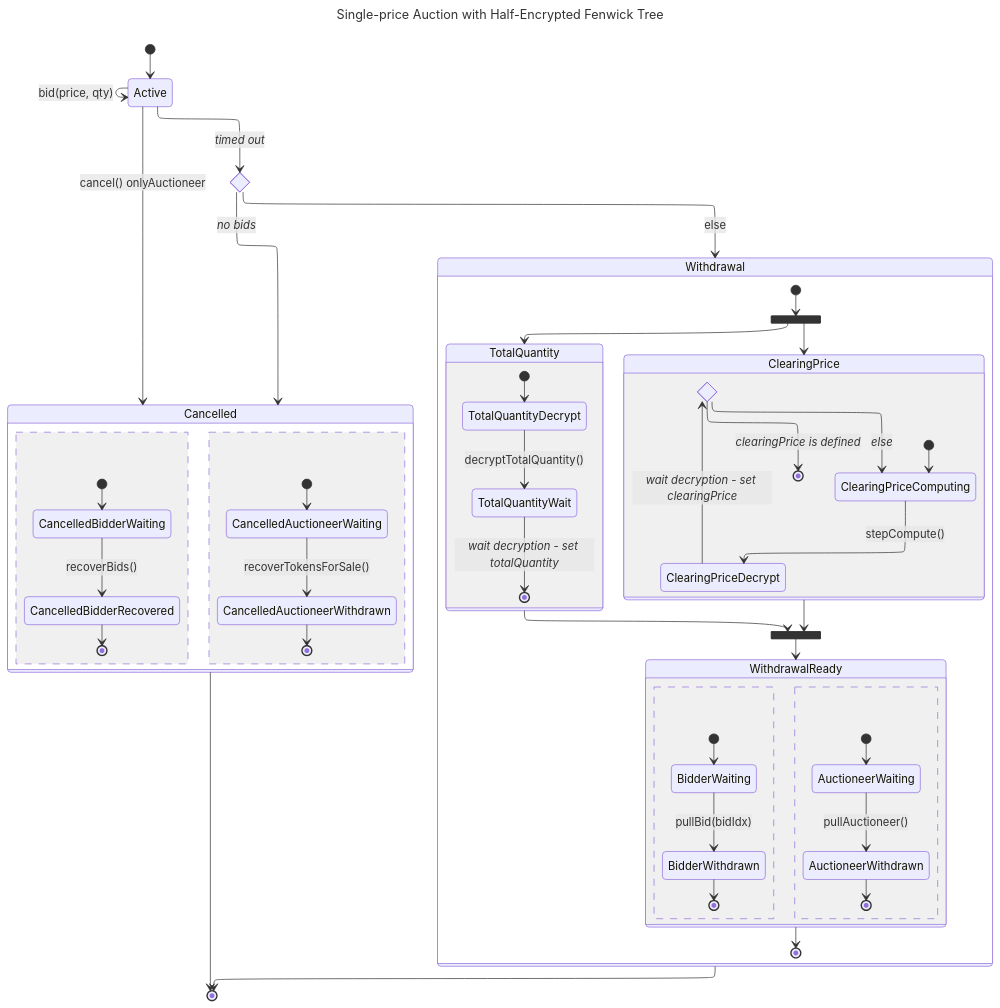
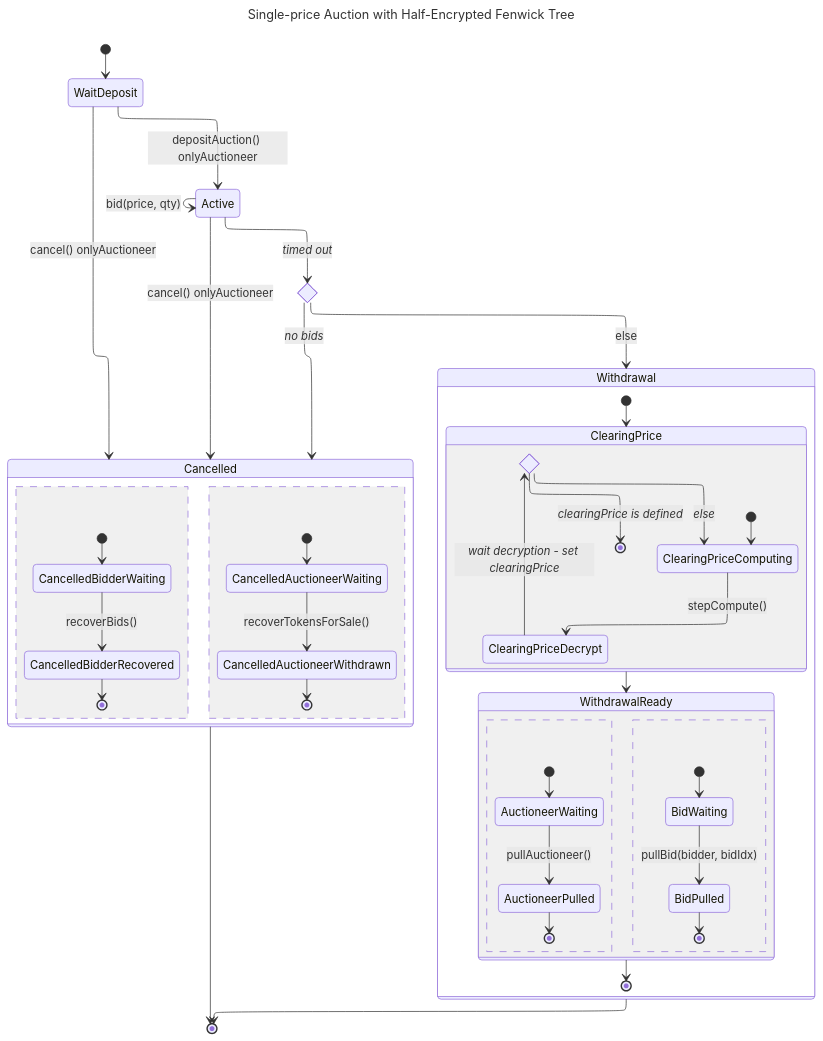
The diagram in docs/state.md (palra/zama-bounty-confidential-auction), drawn with Mermaid before and after one commit. The commit also changed 16 other files, not shown here.

````diff
--- a/docs/state.md
+++ b/docs/state.md
@@ -1,73 +1,62 @@
 ```mermaid
 ---
 title: Single-price Auction with Half-Encrypted Fenwick Tree
 config:
   layout: elk
 ---
 stateDiagram-v2
-    [*] --> Active
+    [*] --> WaitDeposit
+
+    WaitDeposit --> Active: depositAuction() onlyAuctioneer
+    WaitDeposit --> Cancelled: cancel() onlyAuctioneer
 
     Active --> Active: bid(price, qty)
     Active --> Cancelled: cancel() onlyAuctioneer
 
     state CheckBidders <<choice>>
 
     CheckBidders --> Cancelled: _no bids_
     CheckBidders --> Withdrawal: else
 
     Active --> CheckBidders: _timed out_
 
     state Withdrawal {
-      state WithdrawalDecrypt <<fork>>
-      state WithdrawalDecrypted <<join>>
 
-      [*] --> WithdrawalDecrypt
-
-      WithdrawalDecrypt --> ClearingPrice
+      [*] -->  ClearingPrice
       state ClearingPrice {
         state ClearingPrice_IsFinished <<choice>>
         [*] --> ClearingPriceComputing
         ClearingPriceComputing --> ClearingPriceDecrypt: stepCompute()
         ClearingPriceDecrypt --> ClearingPrice_IsFinished: _wait decryption - set clearingPrice_
-        ClearingPrice_IsFinished --> [*]: _clearingPrice is defined_
+          ClearingPrice_IsFinished --> [*]: _clearingPrice is defined_
         ClearingPrice_IsFinished --> ClearingPriceComputing : _else_
       }
-      ClearingPrice --> WithdrawalDecrypted
-
-      WithdrawalDecrypt --> TotalQuantity
-      state TotalQuantity {
-        [*] --> TotalQuantityDecrypt
-        TotalQuantityDecrypt --> TotalQuantityWait: decryptTotalQuantity()
-        TotalQuantityWait --> [*]: _wait decryption - set totalQuantity_
-      }
-      TotalQuantity --> WithdrawalDecrypted
-
-      WithdrawalDecrypted --> WithdrawalReady
+      ClearingPrice --> WithdrawalReady
 
       state WithdrawalReady {
         [*] --> AuctioneerWaiting
-        AuctioneerWaiting --> AuctioneerWithdrawn: pullAuctioneer()
-        AuctioneerWithdrawn --> [*]
+        AuctioneerWaiting --> AuctioneerPulled: pullAuctioneer()
+        AuctioneerPulled --> [*]
         --
-        [*] --> BidderWaiting
-        BidderWaiting --> BidderWithdrawn: pullBid(bidIdx)
-        BidderWithdrawn --> [*]
+        [*] --> BidWaiting
+        BidWaiting --> BidPulled: pullBid(bidder, bidIdx)
+        BidPulled --> [*]
       }
 
       WithdrawalReady --> [*]
     }
 
     Withdrawal --> [*]
 
     state Cancelled {
         [*] --> CancelledAuctioneerWaiting
         CancelledAuctioneerWaiting --> CancelledAuctioneerWithdrawn: recoverTokensForSale()
         CancelledAuctioneerWithdrawn --> [*]
         --
         [*] --> CancelledBidderWaiting
         CancelledBidderWaiting --> CancelledBidderRecovered: recoverBids()
         CancelledBidderRecovered --> [*]
     }
 
     Cancelled --> [*]
 ```
````
